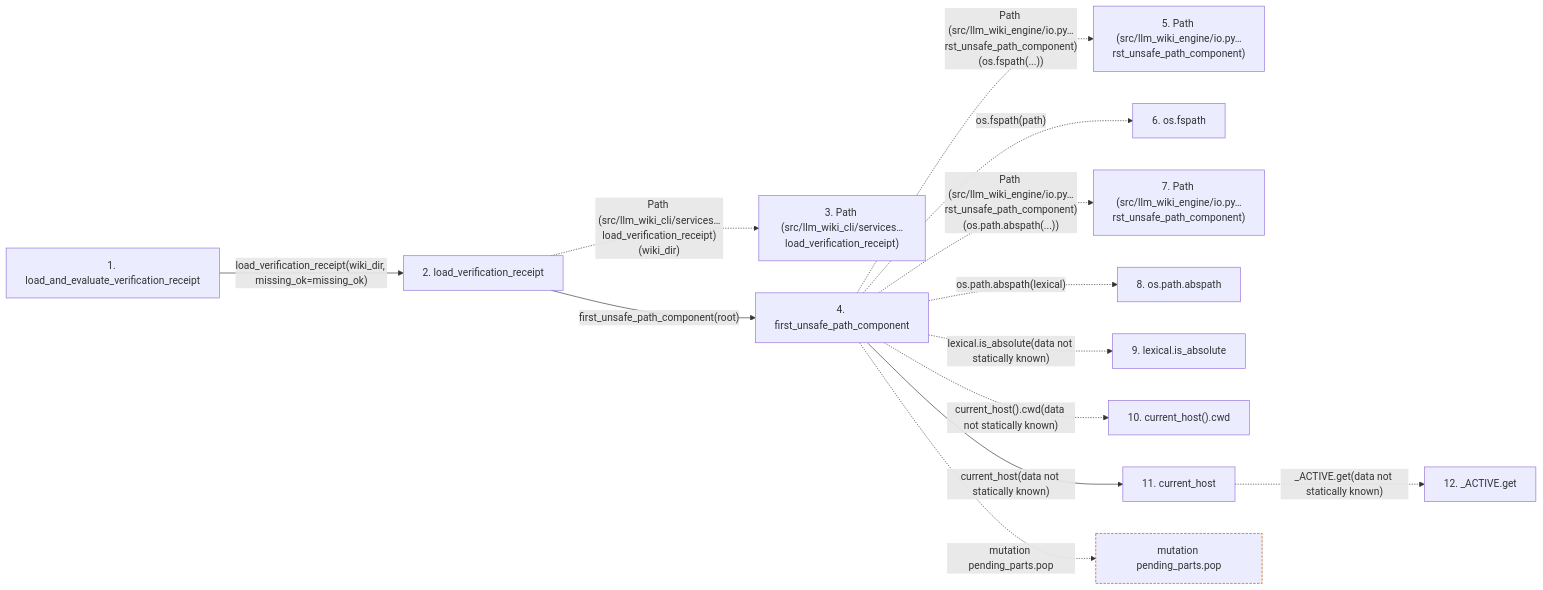
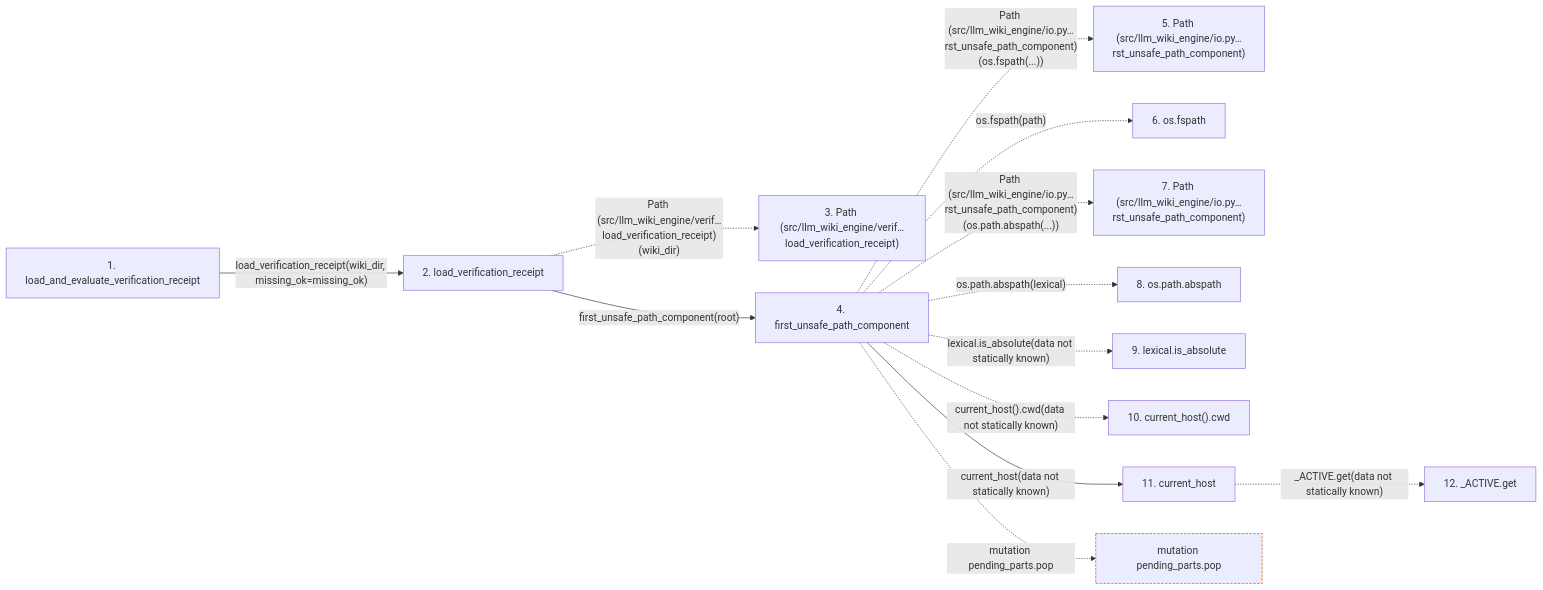
The second of 2 diagrams in docs/llm_wiki/flows/api-load_and_evaluate_verification_receipt.md (Denissvgn/python-wiki-llm), drawn with Mermaid before and after one commit. The commit also changed other lines of this file and 1058 other files, not shown here.

````diff
--- a/docs/llm_wiki/flows/api-load_and_evaluate_verification_receipt.md
+++ b/docs/llm_wiki/flows/api-load_and_evaluate_verification_receipt.md
@@ -138,34 +138,34 @@
 ```mermaid
 flowchart LR
     s1["1. load_and_evaluate_verification_receipt"]
     s2["2. load_verification_receipt"]
-    s3["3. Path (src/llm_wiki_cli/services…load_verification_receipt)"]
+    s3["3. Path (src/llm_wiki_engine/verif…load_verification_receipt)"]
     s4["4. first_unsafe_path_component"]
     s5["5. Path (src/llm_wiki_engine/io.py…rst_unsafe_path_component)"]
     s6["6. os.fspath"]
     s7["7. Path (src/llm_wiki_engine/io.py…rst_unsafe_path_component)"]
     s8["8. os.path.abspath"]
     s9["9. lexical.is_absolute"]
     s10["10. current_host().cwd"]
     s11["11. current_host"]
     s12["12. _ACTIVE.get"]
     s1 -->|"load_verification_receipt(wiki_dir, missing_ok=missing_ok)"| s2
-    s2 -. "Path (src/llm_wiki_cli/services…load_verification_receipt)(wiki_dir)" .-> s3
+    s2 -. "Path (src/llm_wiki_engine/verif…load_verification_receipt)(wiki_dir)" .-> s3
     s2 -->|"first_unsafe_path_component(root)"| s4
     s4 -. "Path (src/llm_wiki_engine/io.py…rst_unsafe_path_component)(os.fspath(...))" .-> s5
     s4 -. "os.fspath(path)" .-> s6
     s4 -. "Path (src/llm_wiki_engine/io.py…rst_unsafe_path_component)(os.path.abspath(...))" .-> s7
     s4 -. "os.path.abspath(lexical)" .-> s8
     s4 -. "lexical.is_absolute(data not statically known)" .-> s9
     s4 -. "current_host().cwd(data not statically known)" .-> s10
     s4 -->|"current_host(data not statically known)"| s11
     s11 -. "_ACTIVE.get(data not statically known)" .-> s12
     b0["mutation pending_parts.pop"]
     s4 -. "mutation pending_parts.pop" .-> b0
     click s1 "../modules/verification_contracts.md"
     click s2 "../modules/verification_contracts.md"
     click s4 "../modules/io.md"
     click s11 "../modules/host.md"
     classDef boundary stroke:#b45309,stroke-dasharray: 4 2
     class b0 boundary
 ```
````
